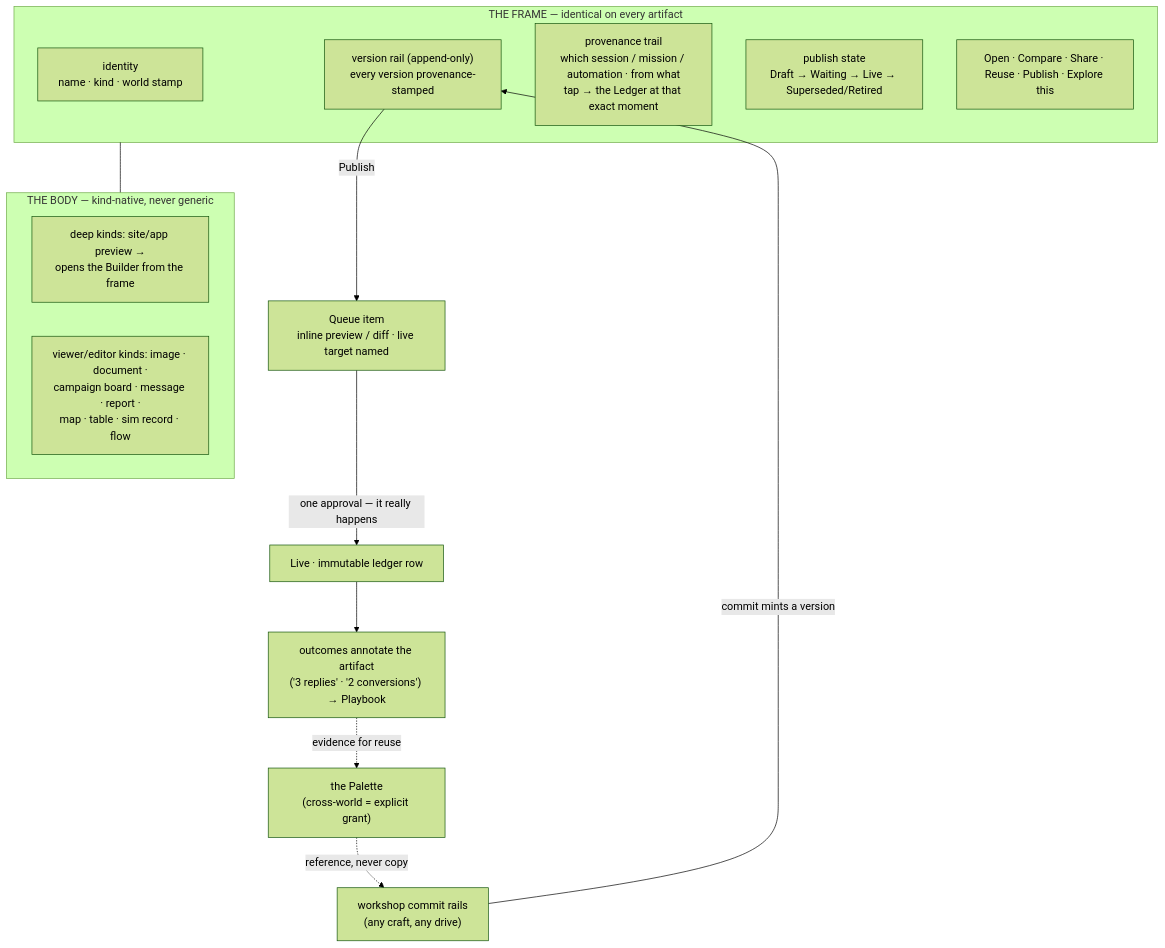
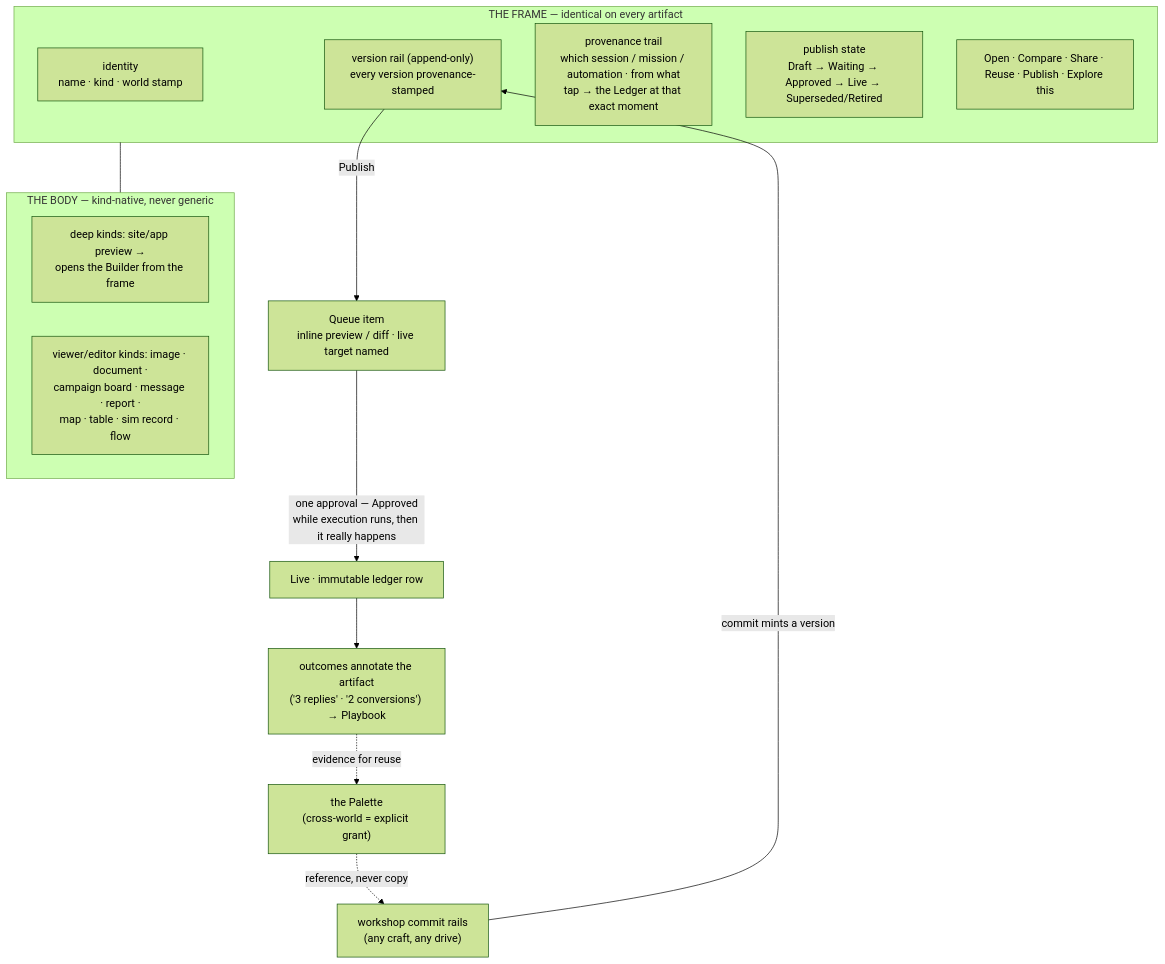
Before and after one commit to Rnocek14/appbuilderpro: the first of 2 diagrams in docs/experience-architecture/07-artifacts-and-builders.md, drawn with Mermaid (forest theme). The commit also changed other lines of this file and 14 other files, not shown here.

````diff
--- a/docs/experience-architecture/07-artifacts-and-builders.md
+++ b/docs/experience-architecture/07-artifacts-and-builders.md
@@ -64,21 +64,21 @@
 ```mermaid
 flowchart TB
     subgraph FRAME["THE FRAME — identical on every artifact"]
         ID["identity<br/>name · kind · world stamp"]
         RAIL["version rail (append-only)<br/>every version provenance-stamped"]
         PROV["provenance trail<br/>which session / mission / automation · from what<br/>tap → the Ledger at that exact moment"]
-        PUB["publish state<br/>Draft → Waiting → Live → Superseded/Retired"]
+        PUB["publish state<br/>Draft → Waiting → Approved → Live → Superseded/Retired"]
         ACT["Open · Compare · Share · Reuse · Publish · Explore this"]
     end
     subgraph BODY["THE BODY — kind-native, never generic"]
         DEEP["deep kinds: site/app preview →<br/>opens the Builder from the frame"]
         FLAT["viewer/editor kinds: image · document ·<br/>campaign board · message · report ·<br/>map · table · sim record · flow"]
     end
     FRAME --- BODY
     WS["workshop commit rails<br/>(any craft, any drive)"] -->|"commit mints a version"| RAIL
     RAIL -->|"Publish"| QI["Queue item<br/>inline preview / diff · live target named"]
-    QI -->|"one approval — it really happens"| LIVE["Live · immutable ledger row"]
+    QI -->|"one approval — Approved<br/>while execution runs, then it really happens"| LIVE["Live · immutable ledger row"]
     LIVE --> ANN["outcomes annotate the artifact<br/>('3 replies' · '2 conversions') → Playbook"]
     ANN -.->|"evidence for reuse"| PAL["the Palette<br/>(cross-world = explicit grant)"]
     PAL -.->|"reference, never copy"| WS
 ```
````
